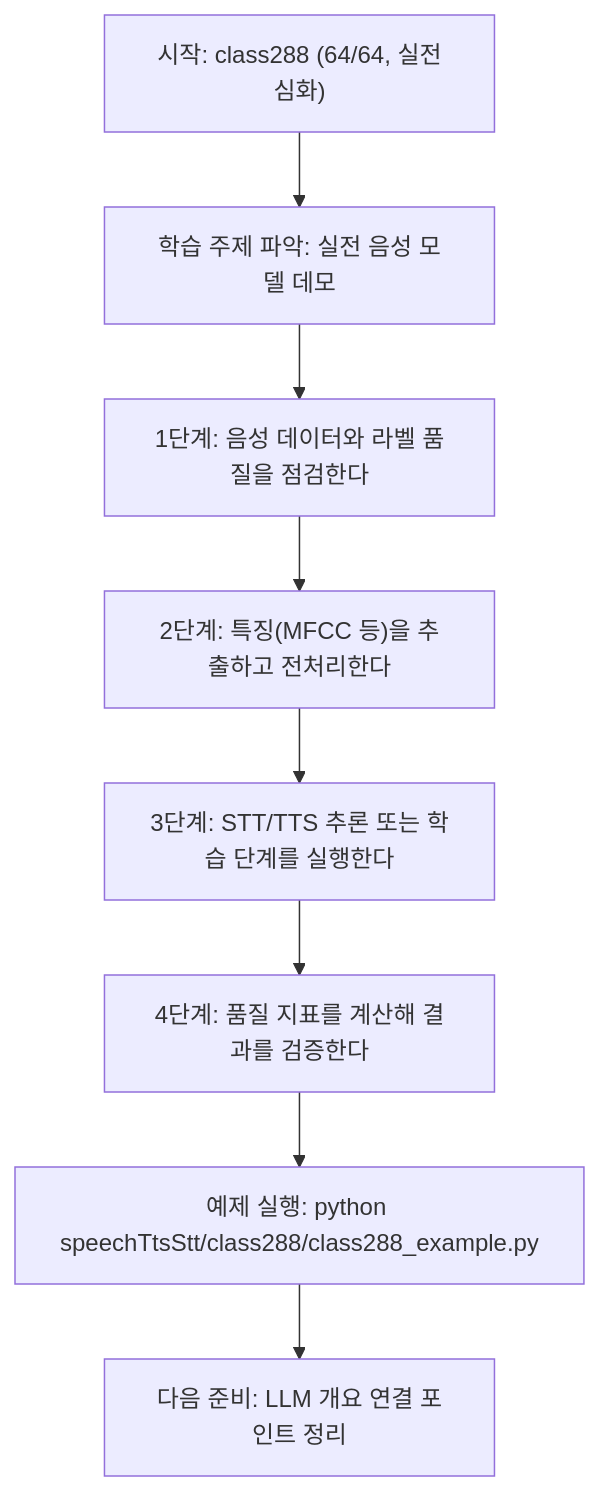
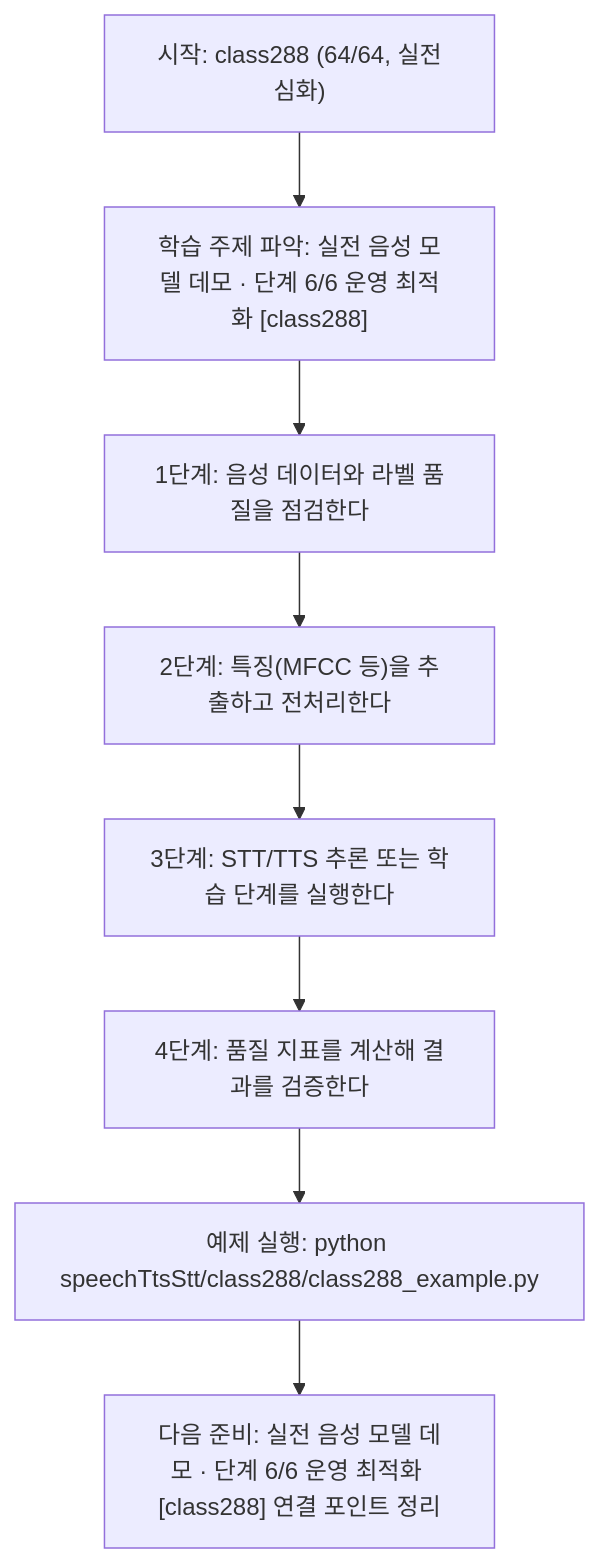
One commit to edumgt/Python-AI_Agent-Class changed the diagram in speechTtsStt/class288/class288.md. Above: the diagram before and after it, drawn with Mermaid. The commit also changed other lines of this file and 522 other files, not shown here.

````diff
--- a/speechTtsStt/class288/class288.md
+++ b/speechTtsStt/class288/class288.md
@@ -114,18 +115,18 @@
 ```mermaid
 flowchart TD
 N1["시작: class288 (64/64, 실전심화)"]
-N2["학습 주제 파악: 실전 음성 모델 데모"]
+N2["학습 주제 파악: 실전 음성 모델 데모 · 단계 6/6 운영 최적화 [class288]"]
 N3["1단계: 음성 데이터와 라벨 품질을 점검한다"]
 N4["2단계: 특징(MFCC 등)을 추출하고 전처리한다"]
 N5["3단계: STT/TTS 추론 또는 학습 단계를 실행한다"]
 N6["4단계: 품질 지표를 계산해 결과를 검증한다"]
 N7["예제 실행: python speechTtsStt/class288/class288_example.py"]
-N8["다음 준비: LLM 개요 연결 포인트 정리"]
+N8["다음 준비: 실전 음성 모델 데모 · 단계 6/6 운영 최적화 [class288] 연결 포인트 정리"]
 N1 --> N2
 N2 --> N3
 N3 --> N4
 N4 --> N5
 N5 --> N6
 N6 --> N7
 N7 --> N8
 ```
````
